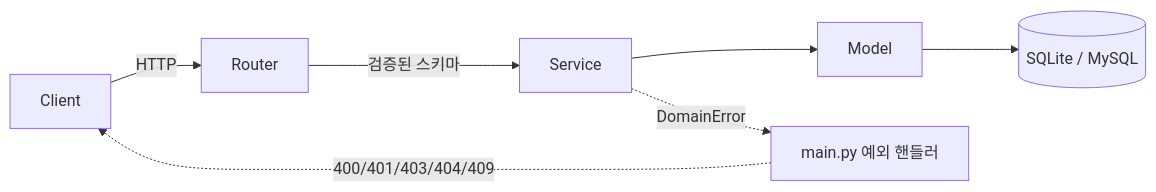
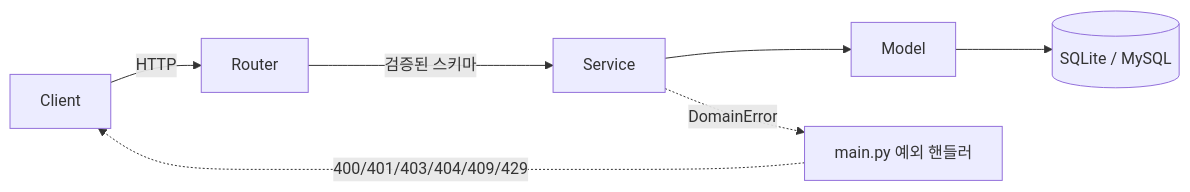
The first of 3 diagrams in README.md (kim123-dev/campus-books), drawn with Mermaid before and after one commit. The commit also changed other lines of this file and 10 other files, not shown here.

````diff
--- a/README.md
+++ b/README.md
@@ -117,9 +118,9 @@
 ```mermaid
 flowchart LR
     Client -->|HTTP| Router
     Router -->|검증된 스키마| Service
     Service --> Model
     Model --> DB[(SQLite / MySQL)]
     Service -.->|DomainError| Handler[main.py 예외 핸들러]
-    Handler -.->|400/401/403/404/409| Client
+    Handler -.->|400/401/403/404/409/429| Client
 ```
````
